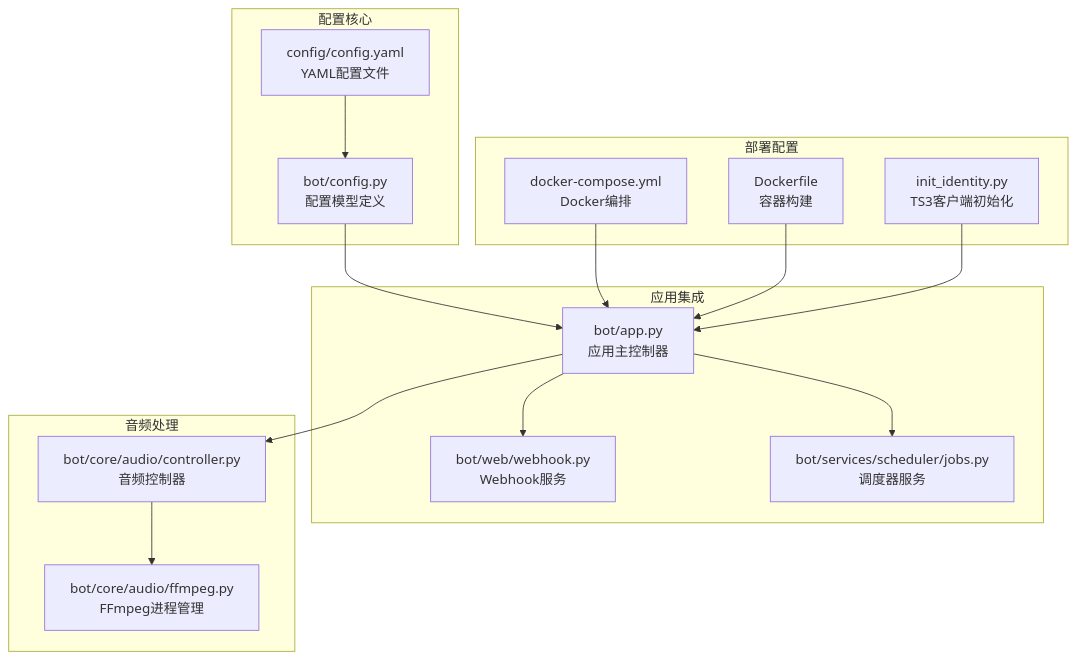
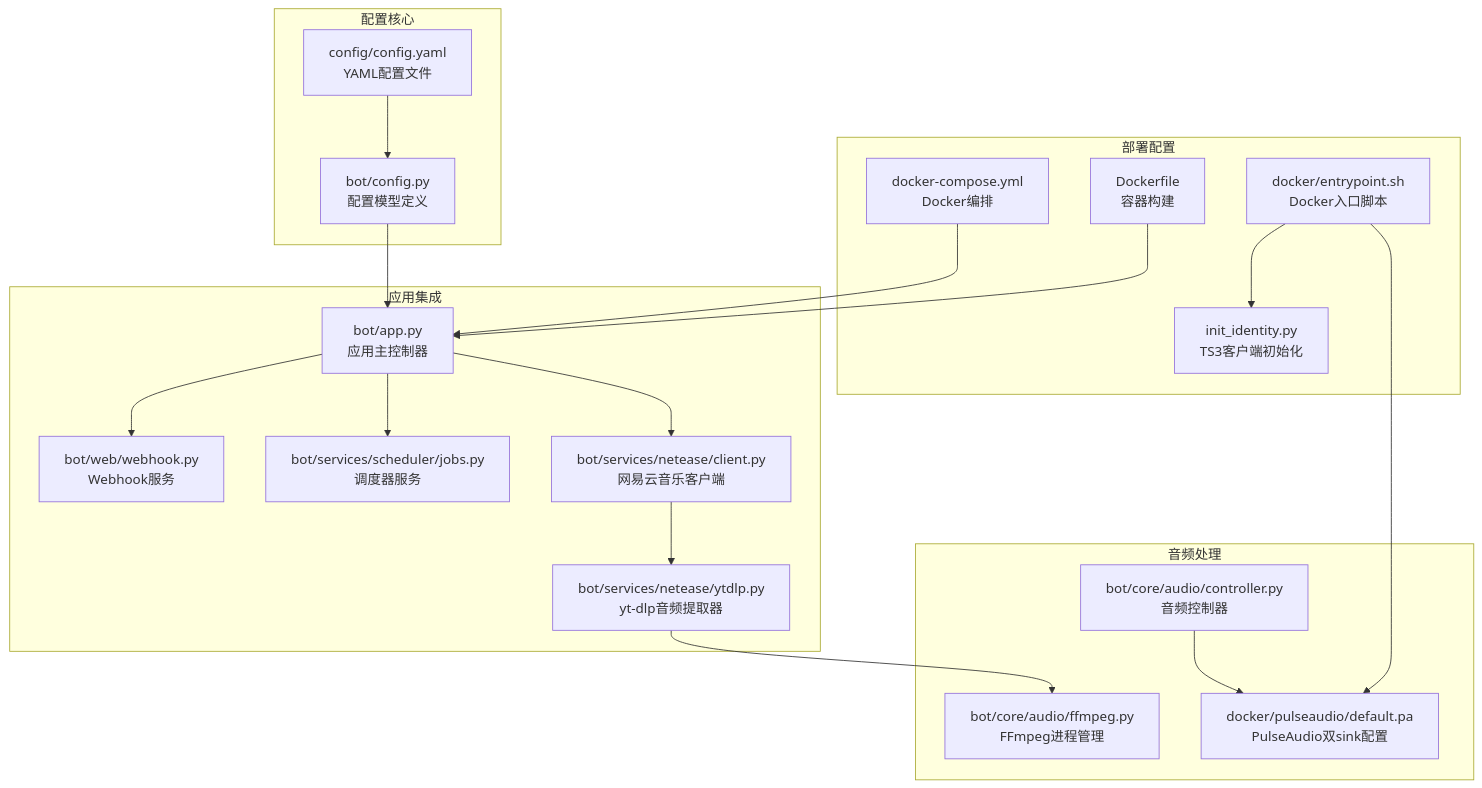
The first of 9 diagrams in .qoder/repowiki/zh/content/配置管理.md (GhoulOwl/Teamspeak3_Bot), drawn with Mermaid before and after one commit. The commit also changed other lines of this file and 13 other files, not shown here.

````diff
--- a/.qoder/repowiki/zh/content/配置管理.md
+++ b/.qoder/repowiki/zh/content/配置管理.md
@@ -50,30 +55,37 @@
 ```mermaid
 graph TB
 subgraph "配置核心"
 Config[bot/config.py<br/>配置模型定义]
 YAML[config/config.yaml<br/>YAML配置文件]
 end
 subgraph "应用集成"
 App[bot/app.py<br/>应用主控制器]
 Webhook[bot/web/webhook.py<br/>Webhook服务]
 Scheduler[bot/services/scheduler/jobs.py<br/>调度器服务]
+Netease[bot/services/netease/client.py<br/>网易云音乐客户端]
+YtDlp[bot/services/netease/ytdlp.py<br/>yt-dlp音频提取器]
 end
 subgraph "音频处理"
 FFmpeg[bot/core/audio/ffmpeg.py<br/>FFmpeg进程管理]
 Controller[bot/core/audio/controller.py<br/>音频控制器]
+PulseAudio[docker/pulseaudio/default.pa<br/>PulseAudio双sink配置]
 end
 subgraph "部署配置"
 Docker[docker-compose.yml<br/>Docker编排]
 Dockerfile[Dockerfile<br/>容器构建]
+Entrypoint[docker/entrypoint.sh<br/>Docker入口脚本]
 Init[init_identity.py<br/>TS3客户端初始化]
 end
 Config --> App
 YAML --> Config
 App --> Webhook
 App --> Scheduler
-App --> Controller
-Controller --> FFmpeg
+App --> Netease
+Netease --> YtDlp
+YtDlp --> FFmpeg
+Controller --> PulseAudio
 Docker --> App
 Dockerfile --> App
-Init --> App
+Entrypoint --> Init
+Entrypoint --> PulseAudio
 ```
````
